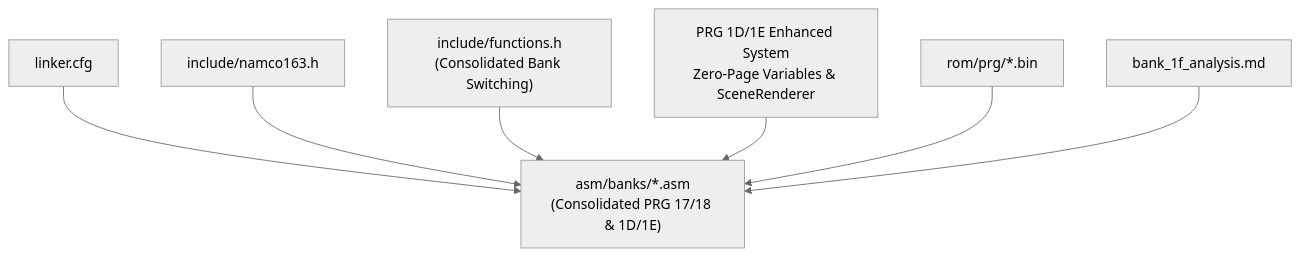
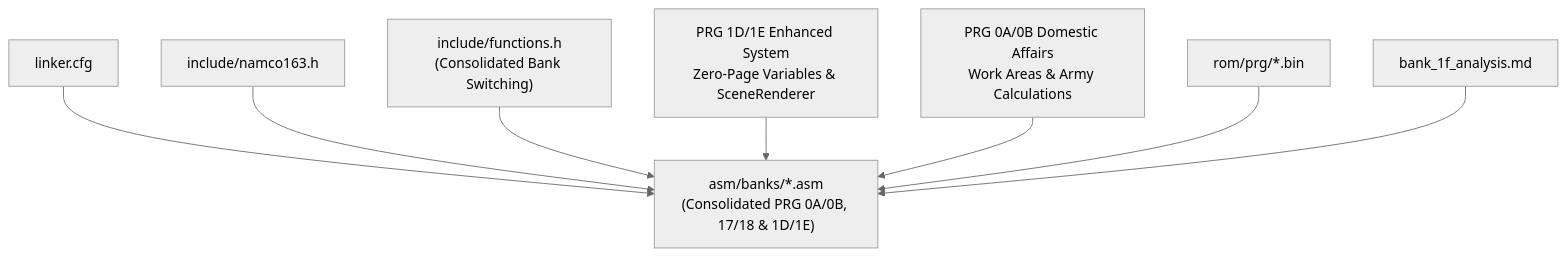
The third of 3 diagrams in .qoder/repowiki/en/content/Assembly Architecture/Bank Organization and Memory Layout.md (rabbyzero/sango2dasm), drawn with Mermaid (neutral theme) before and after one commit. The commit also changed other lines of this file and 31 other files, not shown here.

Commit message:
prg bank $0a $0b WIP. rename prg_1f.aligned.asm to prg_1f.asm.

````diff
--- a/.qoder/repowiki/en/content/Assembly Architecture/Bank Organization and Memory Layout.md
+++ b/.qoder/repowiki/en/content/Assembly Architecture/Bank Organization and Memory Layout.md
@@ -472,16 +503,18 @@
 ```mermaid
 graph TB
 LCFG["linker.cfg"]
 N163["include/namco163.h"]
 FUNCS["include/functions.h<br/>(Consolidated Bank Switching)"]
-STUBS["asm/banks/*.asm<br/>(Consolidated PRG 17/18 & 1D/1E)"]
+STUBS["asm/banks/*.asm<br/>(Consolidated PRG 0A/0B, 17/18 & 1D/1E)"]
 ENHANCED["PRG 1D/1E Enhanced System<br/>Zero-Page Variables & SceneRenderer"]
+DOMESTIC["PRG 0A/0B Domestic Affairs<br/>Work Areas & Army Calculations"]
 ROM["rom/prg/*.bin"]
 BOOT["bank_1f_analysis.md"]
 LCFG --> STUBS
 N163 --> STUBS
 FUNCS --> STUBS
 ENHANCED --> STUBS
+DOMESTIC --> STUBS
 ROM --> STUBS
 BOOT --> STUBS
 ```
````
